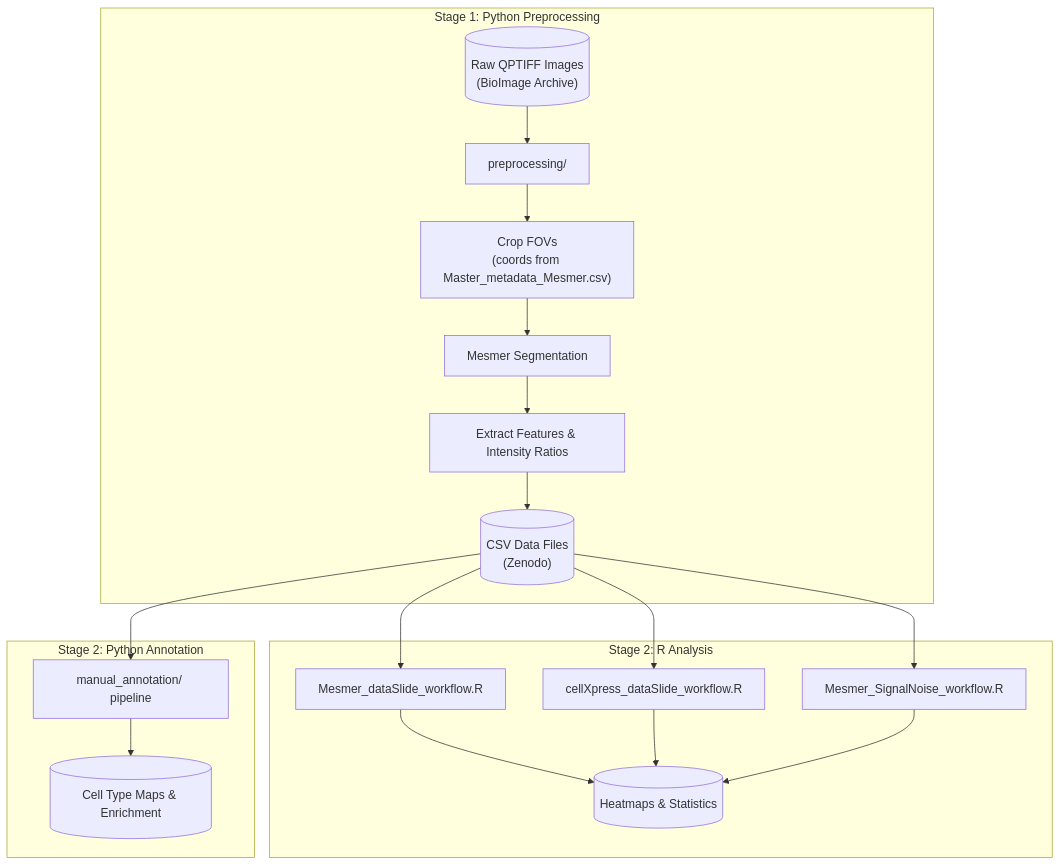
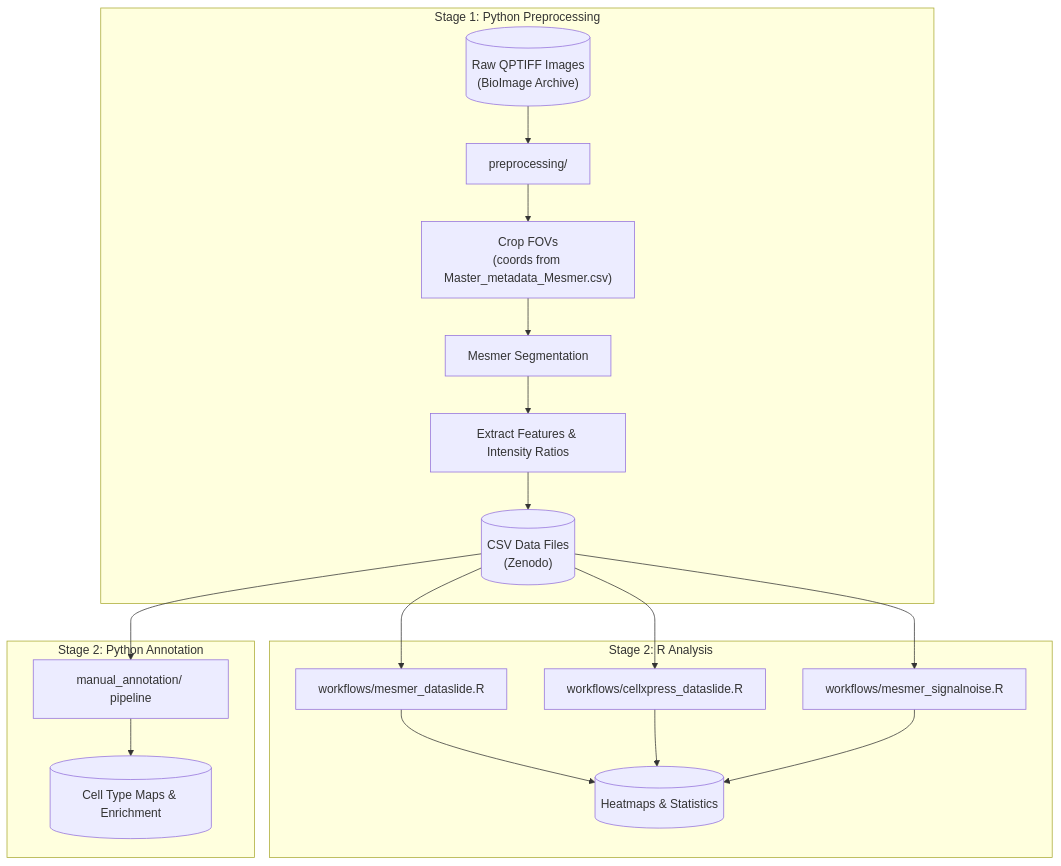
Before and after one commit to SizunJiangLab/Benchmarking_tissue_preparation: the diagram in README.md, drawn with Mermaid. The commit also changed other lines of this file and 8 other files, not shown here.

````diff
--- a/README.md
+++ b/README.md
@@ -70,24 +71,24 @@
 ```mermaid
 flowchart TD
     subgraph stage1["Stage 1: Python Preprocessing"]
         A[("Raw QPTIFF Images<br/>(BioImage Archive)")] --> B["preprocessing/"]
         B --> C["Crop FOVs<br/>(coords from Master_metadata_Mesmer.csv)"]
         C --> D["Mesmer Segmentation"]
         D --> E["Extract Features & Intensity Ratios"]
         E --> F[("CSV Data Files<br/>(Zenodo)")]
     end
 
     subgraph stage2["Stage 2: R Analysis"]
-        F --> G["Mesmer_dataSlide_workflow.R"]
-        F --> H["cellXpress_dataSlide_workflow.R"]
-        F --> I["Mesmer_SignalNoise_workflow.R"]
+        F --> G["workflows/mesmer_dataslide.R"]
+        F --> H["workflows/cellxpress_dataslide.R"]
+        F --> I["workflows/mesmer_signalnoise.R"]
         G --> J[("Heatmaps & Statistics")]
         H --> J
         I --> J
     end
 
     subgraph stage2b["Stage 2: Python Annotation"]
         F --> K["manual_annotation/ pipeline"]
         K --> L[("Cell Type Maps & Enrichment")]
     end
 ```
````
